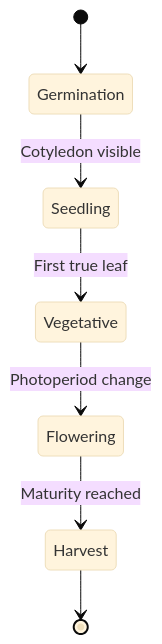
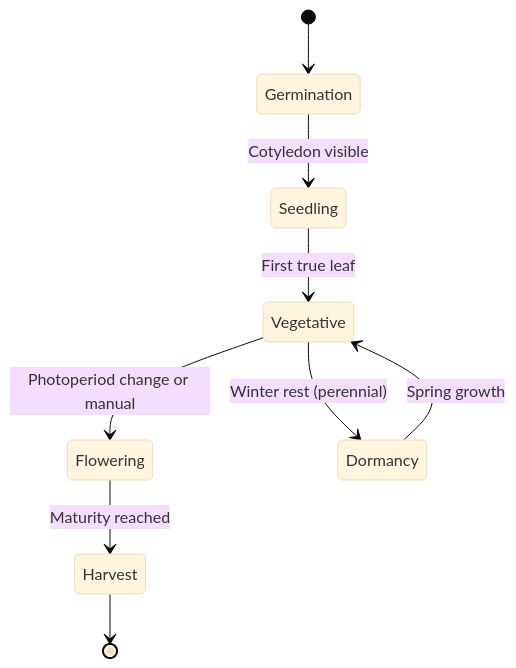
The diagram in docs/en/user-guide/growth-phases.md (nolte/kamerplanter), drawn with Mermaid (base theme) before and after one commit. The commit also changed other lines of this file and 280 other files, not shown here.

````diff
--- a/docs/en/user-guide/growth-phases.md
+++ b/docs/en/user-guide/growth-phases.md
@@ -10,9 +18,11 @@
 ```mermaid
 stateDiagram-v2
     [*] --> Germination
     Germination --> Seedling : Cotyledon visible
     Seedling --> Vegetative : First true leaf
-    Vegetative --> Flowering : Photoperiod change
+    Vegetative --> Flowering : Photoperiod change or manual
     Flowering --> Harvest : Maturity reached
     Harvest --> [*]
+    Vegetative --> Dormancy : Winter rest (perennial)
+    Dormancy --> Vegetative : Spring growth
 ```
````
